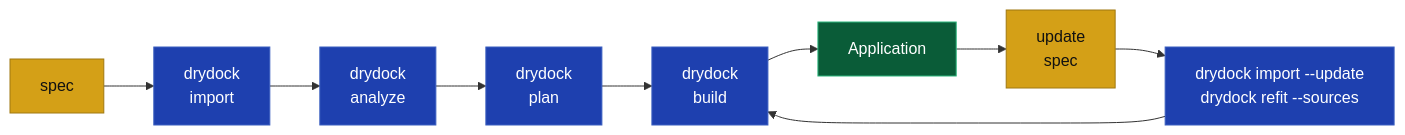
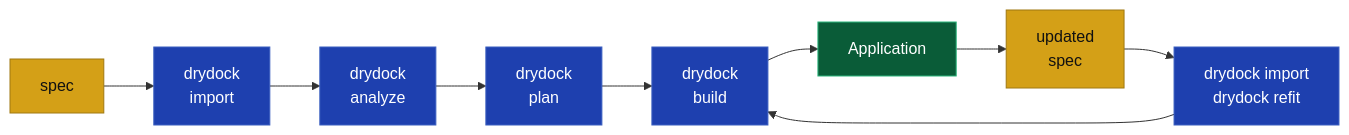
Before and after one commit to webcloudstudio/Drydock: the diagram in docs/QUICK_START.md, drawn with Mermaid. The commit also changed other lines of this file and 3 other files, not shown here.

````diff
--- a/docs/QUICK_START.md
+++ b/docs/QUICK_START.md
@@ -239,18 +15,18 @@
 ```mermaid
 flowchart LR
     N["spec"] --> IMP["drydock<br/>import"]
     IMP --> ANA["drydock<br/>analyze"]
     ANA --> PLAN["drydock<br/>plan"]
     PLAN --> BUILD["drydock<br/>build"]
     BUILD --> C["Application"]
-    C --> UPDATE["update<br/>spec"]
-    UPDATE --> REFIT["drydock import --update<br/>drydock refit --sources"]
+    C --> UPDATE["updated<br/>spec"]
+    UPDATE --> REFIT["drydock import<br/>drydock refit"]
     REFIT --> BUILD
 
     classDef input fill:#d4a017,stroke:#a07810,color:#111
     classDef governed fill:#1e40af,stroke:#3b5fc0,color:#fff
     classDef output fill:#0a5c38,stroke:#2cb67d,color:#fff
     class N,UPDATE input
     class IMP,ANA,PLAN,BUILD,REFIT governed
     class C output
 ```
````
